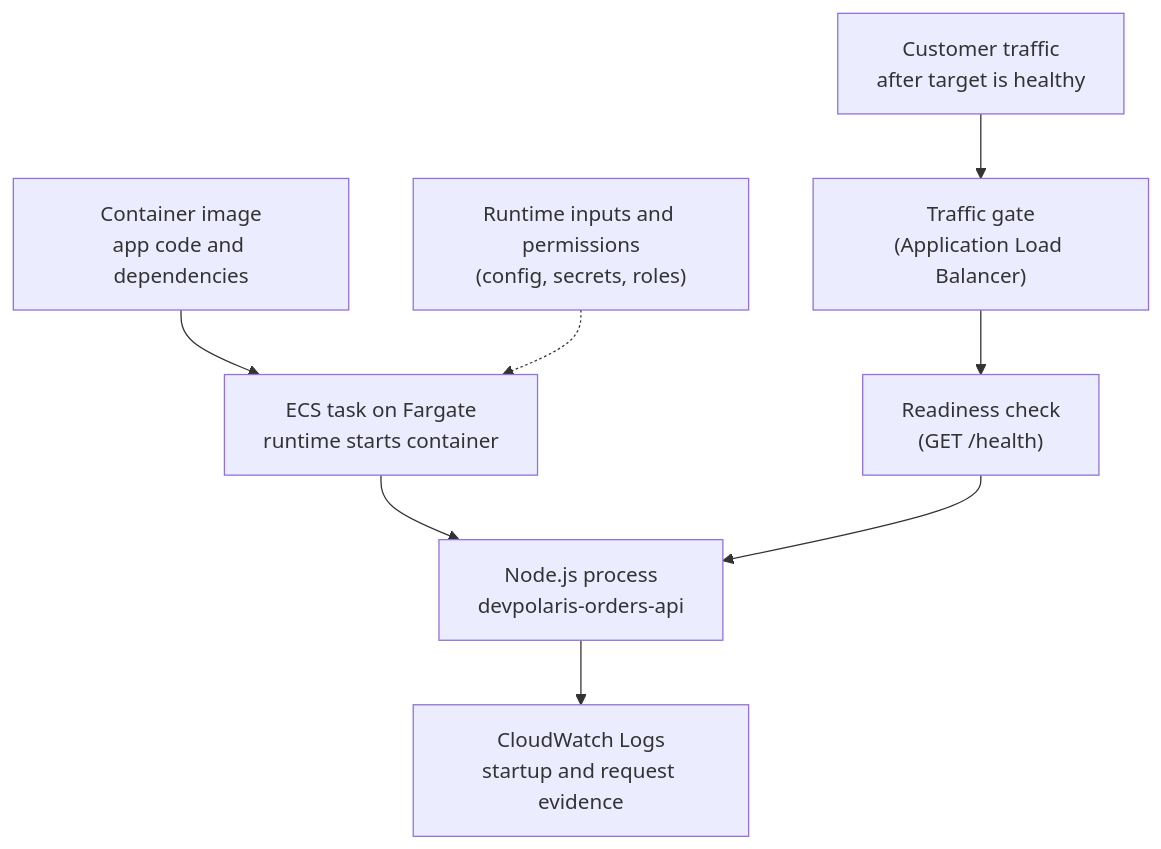
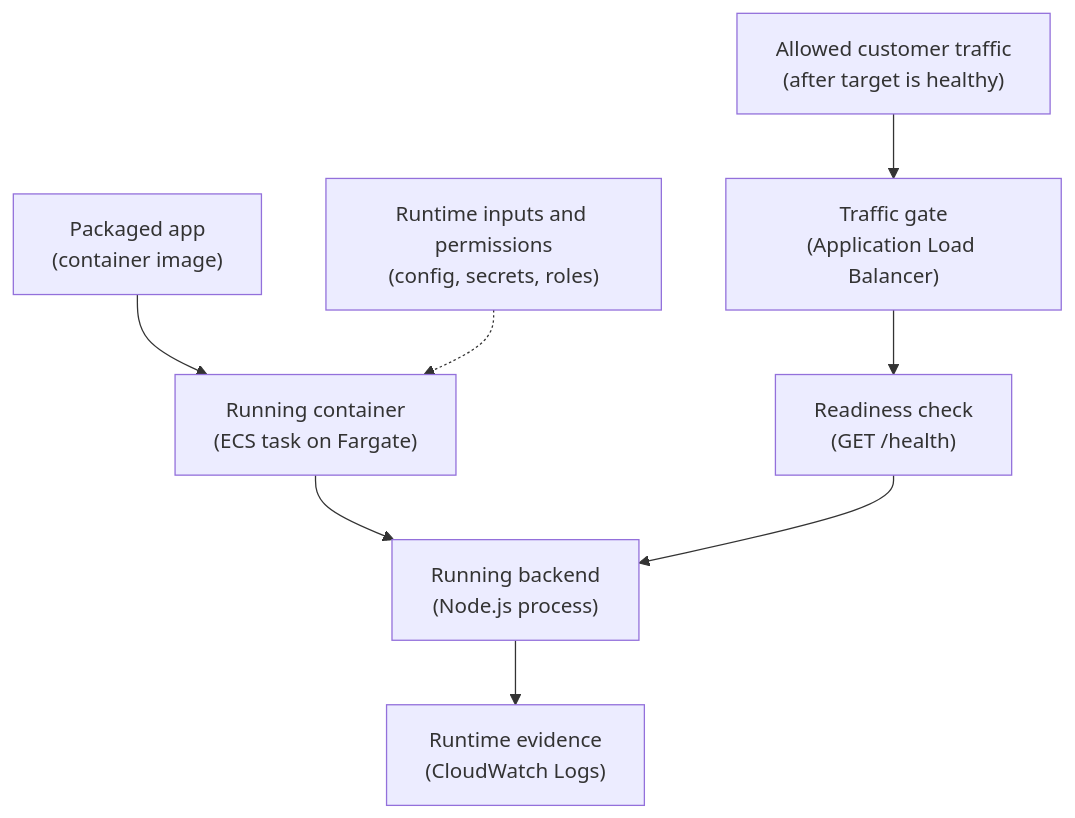
The diagram in cloud-providers/aws/compute-application-hosting/runtime-configuration-and-health-checks.md (senlinyy/dev-roadmaps), drawn with Mermaid before and after one commit. The commit also changed 89 other files, not shown here.

````diff
--- a/cloud-providers/aws/compute-application-hosting/runtime-configuration-and-health-checks.md
+++ b/cloud-providers/aws/compute-application-hosting/runtime-configuration-and-health-checks.md
@@ -71,10 +71,10 @@
 ```mermaid
 flowchart TD
-    IMAGE["Container image<br/>app code and dependencies"] --> TASK["ECS task on Fargate<br/>runtime starts container"]
-    TASK --> APP["Node.js process<br/>devpolaris-orders-api"]
-    APP --> LOGS["CloudWatch Logs<br/>startup and request evidence"]
-    CUSTOMER["Customer traffic<br/>after target is healthy"] --> ALB["Traffic gate<br/>(Application Load Balancer)"]
+    IMAGE["Packaged app<br/>(container image)"] --> TASK["Running container<br/>(ECS task on Fargate)"]
+    TASK --> APP["Running backend<br/>(Node.js process)"]
+    APP --> LOGS["Runtime evidence<br/>(CloudWatch Logs)"]
+    CUSTOMER["Allowed customer traffic<br/>(after target is healthy)"] --> ALB["Traffic gate<br/>(Application Load Balancer)"]
     ALB --> HEALTH["Readiness check<br/>(GET /health)"]
     HEALTH --> APP
     SUPPORT["Runtime inputs and permissions<br/>(config, secrets, roles)"] -.-> TASK
 ```
````
